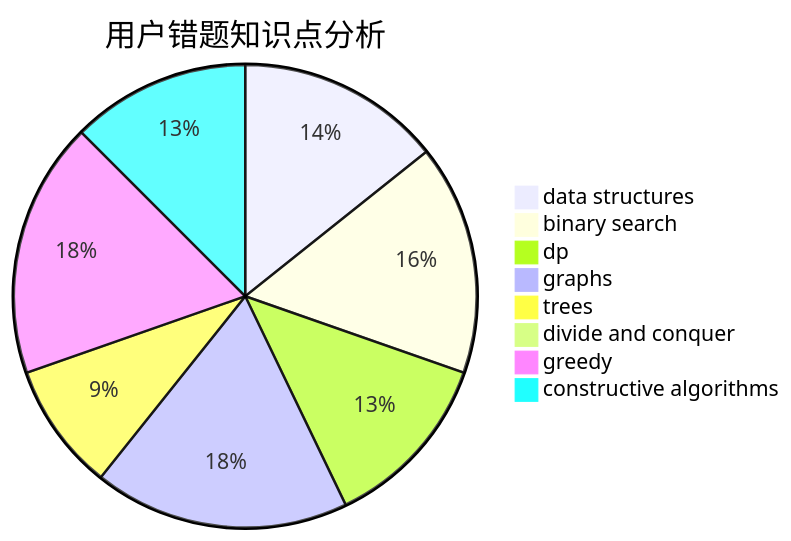
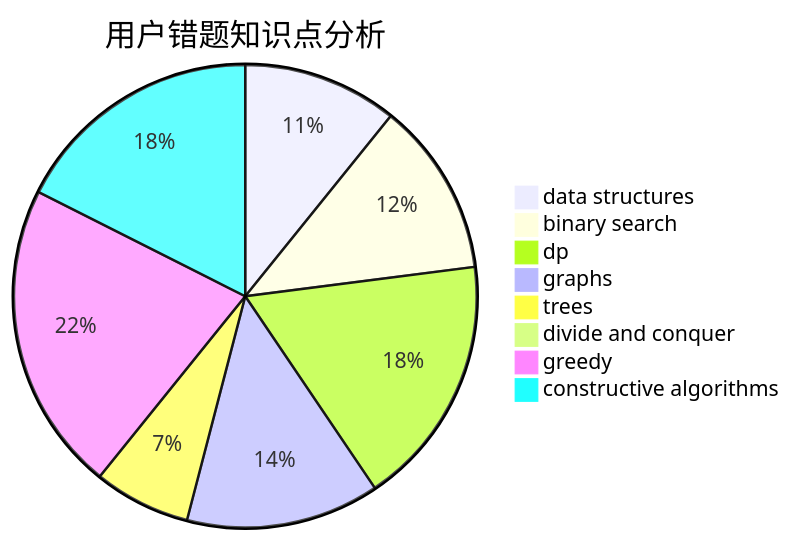
Before and after one commit to sherpahu/cfrs.github.io: the third of 3 diagrams in docs/user/u609.md, drawn with Mermaid. The commit also changed other lines of this file and 2770 other files, not shown here.

````diff
--- a/docs/user/u609.md
+++ b/docs/user/u609.md
@@ -36,11 +36,11 @@
 ```mermaid
 pie title 用户错题知识点分析
     "data structures" :  8
     "binary search" :  9
-    "dp" :  7
+    "dp" :  13
     "graphs" :  10
     "trees" :  5
     "divide and conquer" :  0
-    "greedy" :  10
-    "constructive algorithms" :  7
+    "greedy" :  16
+    "constructive algorithms" :  13
 ```
````
